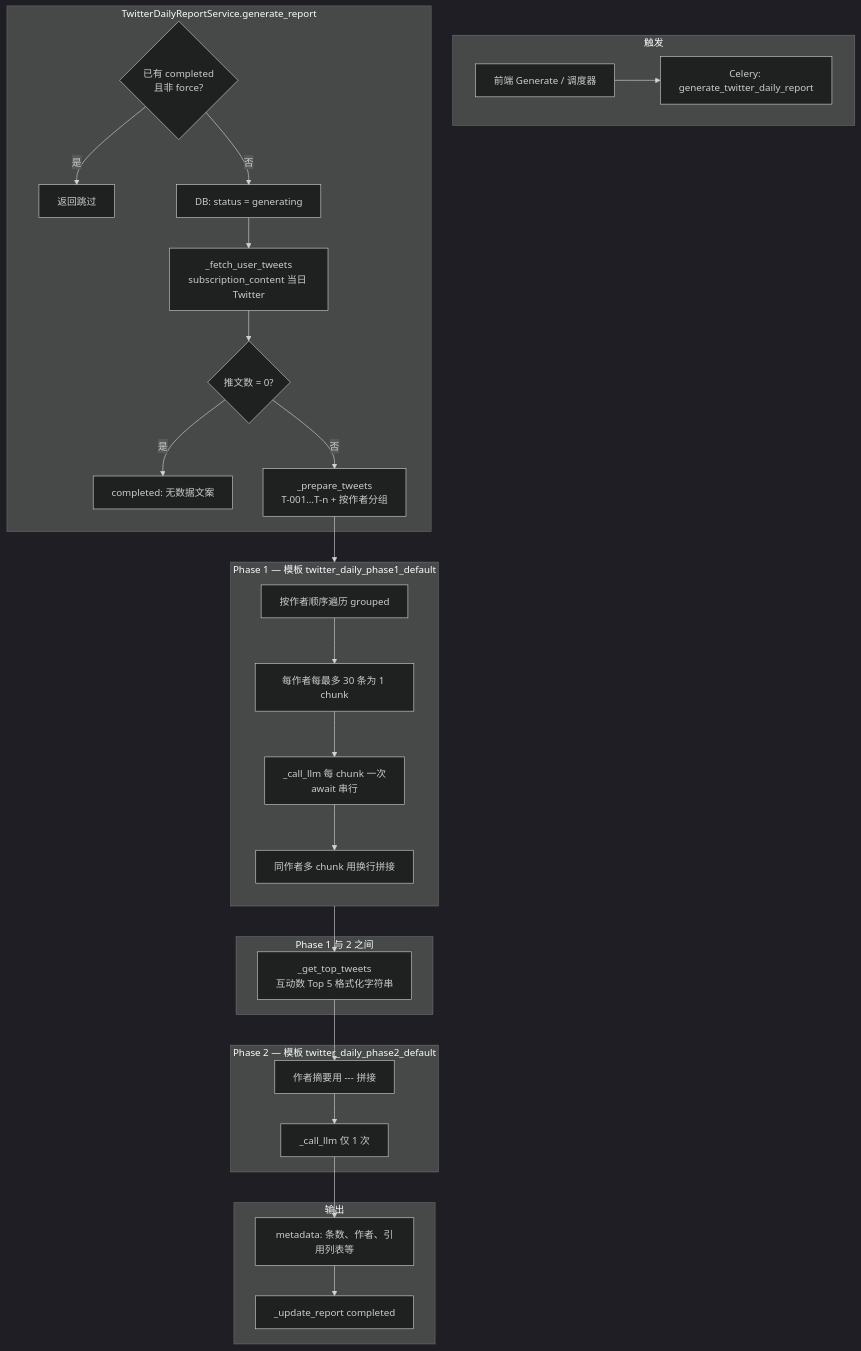
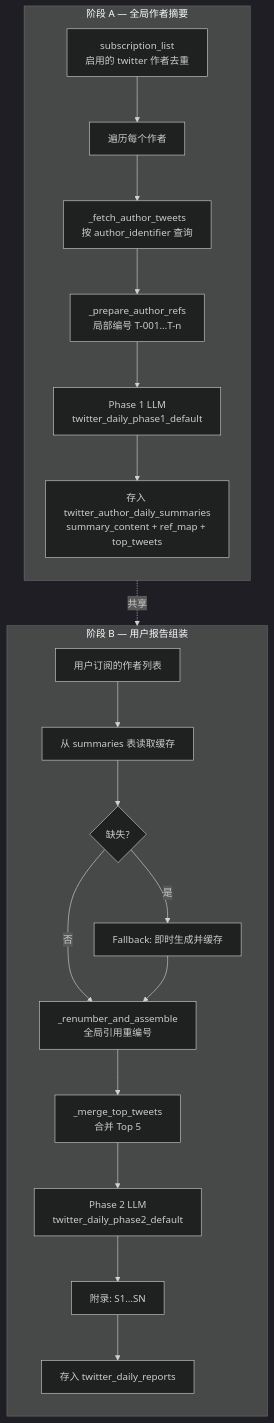
One commit to solterra2888/LocalVirtualService changed the first of 2 diagrams in docs/instructions/TWITTER_DAILY_REPORT_MANUAL.md. Above: the diagram before and after it, drawn with Mermaid (dark theme). The commit also changed other lines of this file and 20 other files, not shown here.

Commit message:
- Twitter 日报：两阶段（作者摘要→用户报告）、Celery；删手动生成，前后端只读。 - 调度：scheduler/API/代理与任务编排。 - 移动端/简报页：去生成与轮询，仅浏览。 - 配置/库：数据源弹窗、config、DB、手册与维护脚本。

````diff
--- a/docs/instructions/TWITTER_DAILY_REPORT_MANUAL.md
+++ b/docs/instructions/TWITTER_DAILY_REPORT_MANUAL.md
@@ -190,47 +196,28 @@
 ```mermaid
 flowchart TB
-  subgraph trigger [触发]
-    UI[前端 Generate / 调度器]
-    CW[Celery: generate_twitter_daily_report]
-    UI --> CW
+  subgraph stageA [阶段 A — 全局作者摘要]
+    direction TB
+    SL[subscription_list<br/>启用的 twitter 作者去重]
+    SL --> LOOP_A[遍历每个作者]
+    LOOP_A --> FETCH_A[_fetch_author_tweets<br/>按 author_identifier 查询]
+    FETCH_A --> PREP_A[_prepare_author_refs<br/>局部编号 T-001…T-n]
+    PREP_A --> P1[Phase 1 LLM<br/>twitter_daily_phase1_default]
+    P1 --> SAVE_A[存入 twitter_author_daily_summaries<br/>summary_content + ref_map + top_tweets]
   end
 
-  subgraph svc [TwitterDailyReportService.generate_report]
-    A{已有 completed<br/>且非 force?}
-    A -->|是| SKIP[返回跳过]
-    A -->|否| GEN[DB: status = generating]
-    GEN --> FETCH[_fetch_user_tweets<br/>subscription_content 当日 Twitter]
-    FETCH --> EMPTY{推文数 = 0?}
-    EMPTY -->|是| DONE0[completed: 无数据文案]
-    EMPTY -->|否| PREP[_prepare_tweets<br/>T-001…T-n + 按作者分组]
+  subgraph stageB [阶段 B — 用户报告组装]
+    direction TB
+    USUB[用户订阅的作者列表]
+    USUB --> READ[从 summaries 表读取缓存]
+    READ --> MISS{缺失?}
+    MISS -->|是| FB[Fallback: 即时生成并缓存]
+    MISS -->|否| RENUM[_renumber_and_assemble<br/>全局引用重编号]
+    FB --> RENUM
+    RENUM --> MERGE[_merge_top_tweets<br/>合并 Top 5]
+    MERGE --> P2[Phase 2 LLM<br/>twitter_daily_phase2_default]
+    P2 --> APPENDIX[附录: S1…SN]
+    APPENDIX --> SAVE_B[存入 twitter_daily_reports]
   end
 
-  subgraph p1 [Phase 1 — 模板 twitter_daily_phase1_default]
-    direction TB
-    LOOP[按作者顺序遍历 grouped]
-    CHUNK[每作者每最多 30 条为 1 chunk]
-    LLM1[_call_llm 每 chunk 一次<br/>await 串行]
-    MERGE[同作者多 chunk 用换行拼接]
-    LOOP --> CHUNK --> LLM1 --> MERGE
-  end
-
-  subgraph between [Phase 1 与 2 之间]
-    TOP[_get_top_tweets<br/>互动数 Top 5 格式化字符串]
-  end
-
-  subgraph p2 [Phase 2 — 模板 twitter_daily_phase2_default]
-    JOIN[作者摘要用 --- 拼接]
-    LLM2[_call_llm 仅 1 次]
-    JOIN --> LLM2
-  end
-
-  subgraph out [输出]
-    META[metadata: 条数、作者、引用列表等]
-    SAVE[_update_report completed]
-  end
-
-  PREP --> LOOP
-  MERGE --> TOP
-  TOP --> JOIN
-  LLM2 --> META --> SAVE
+  SAVE_A -.->|共享| READ
 ```
````
